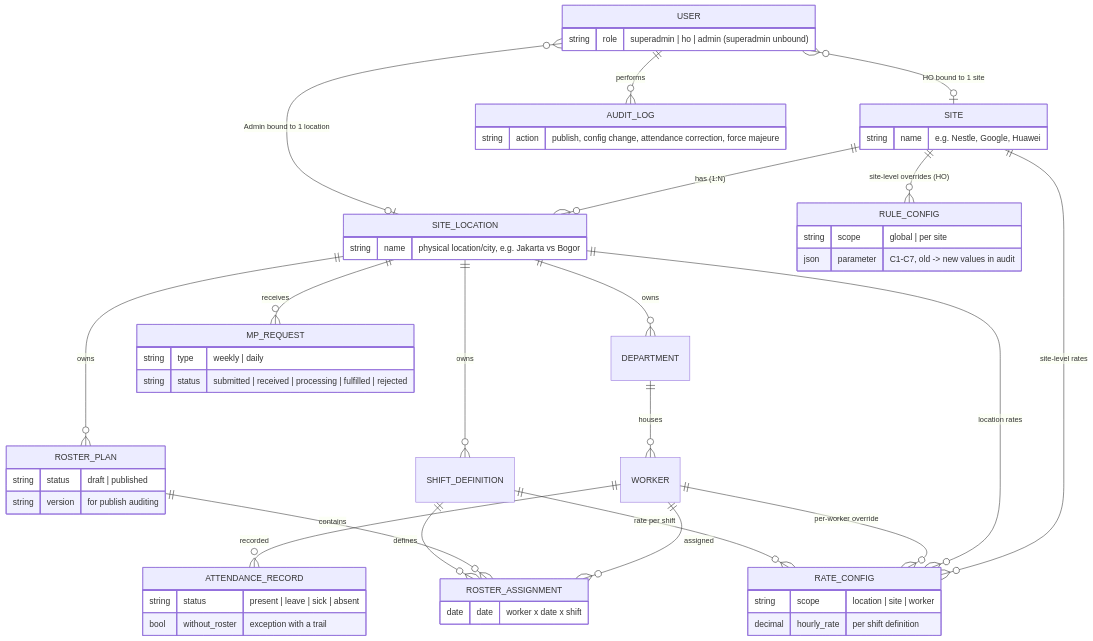
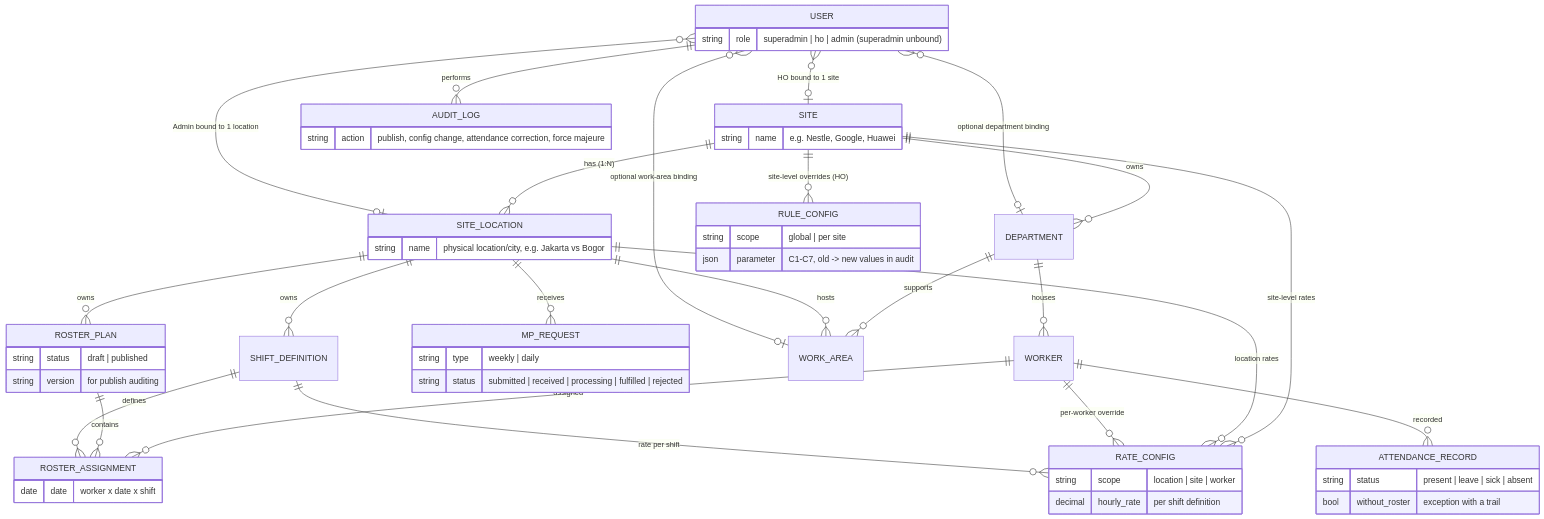
One commit to XOIntern/Shiftly changed the fourth of 5 diagrams in docs/architecture.md. Above: the diagram before and after it, drawn with Mermaid. The commit also changed other lines of this file, not shown here.

Commit message:
docs(architecture): departments at site level + work_area entity (GitHub #68)

````diff
--- a/docs/architecture.md
+++ b/docs/architecture.md
@@ -190,57 +192,61 @@
 ```mermaid
 erDiagram
     SITE ||--o{ SITE_LOCATION : "has (1:N)"
-    SITE_LOCATION ||--o{ DEPARTMENT : "owns"
+    SITE ||--o{ DEPARTMENT : "owns"
     SITE_LOCATION ||--o{ SHIFT_DEFINITION : "owns"
     SITE_LOCATION ||--o{ ROSTER_PLAN : "owns"
     SITE_LOCATION ||--o{ MP_REQUEST : "receives"
     SITE ||--o{ RULE_CONFIG : "site-level overrides (HO)"
     SITE ||--o{ RATE_CONFIG : "site-level rates"
     SITE_LOCATION ||--o{ RATE_CONFIG : "location rates"
+    DEPARTMENT ||--o{ WORK_AREA : "supports"
+    SITE_LOCATION ||--o{ WORK_AREA : "hosts"
     DEPARTMENT ||--o{ WORKER : "houses"
     WORKER ||--o{ ROSTER_ASSIGNMENT : "assigned"
     WORKER ||--o{ ATTENDANCE_RECORD : "recorded"
     WORKER ||--o{ RATE_CONFIG : "per-worker override"
     ROSTER_PLAN ||--o{ ROSTER_ASSIGNMENT : "contains"
     SHIFT_DEFINITION ||--o{ ROSTER_ASSIGNMENT : "defines"
     SHIFT_DEFINITION ||--o{ RATE_CONFIG : "rate per shift"
     USER }o--o| SITE : "HO bound to 1 site"
     USER }o--o| SITE_LOCATION : "Admin bound to 1 location"
+    USER }o--o| DEPARTMENT : "optional department binding"
+    USER }o--o| WORK_AREA : "optional work-area binding"
     USER ||--o{ AUDIT_LOG : "performs"
 
     SITE {
         string name "e.g. Nestle, Google, Huawei"
     }
     SITE_LOCATION {
         string name "physical location/city, e.g. Jakarta vs Bogor"
     }
     USER {
         string role "superadmin | ho | admin (superadmin unbound)"
     }
     MP_REQUEST {
         string type "weekly | daily"
         string status "submitted | received | processing | fulfilled | rejected"
     }
     ROSTER_PLAN {
         string status "draft | published"
         string version "for publish auditing"
     }
     ROSTER_ASSIGNMENT {
         date date "worker x date x shift"
     }
     ATTENDANCE_RECORD {
         string status "present | leave | sick | absent"
         bool without_roster "exception with a trail"
     }
     RULE_CONFIG {
         string scope "global | per site"
         json parameter "C1-C7, old -> new values in audit"
     }
     RATE_CONFIG {
         string scope "location | site | worker"
         decimal hourly_rate "per shift definition"
     }
     AUDIT_LOG {
         string action "publish, config change, attendance correction, force majeure"
     }
 ```
````
